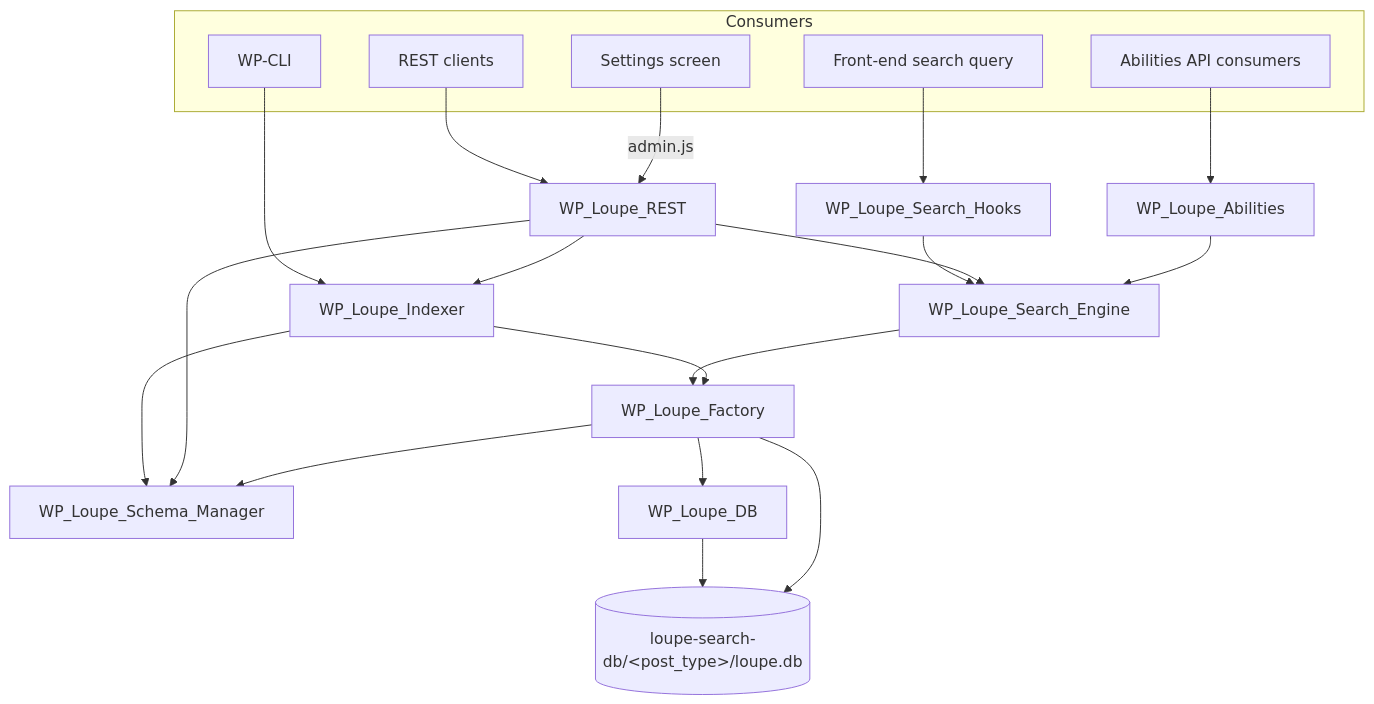
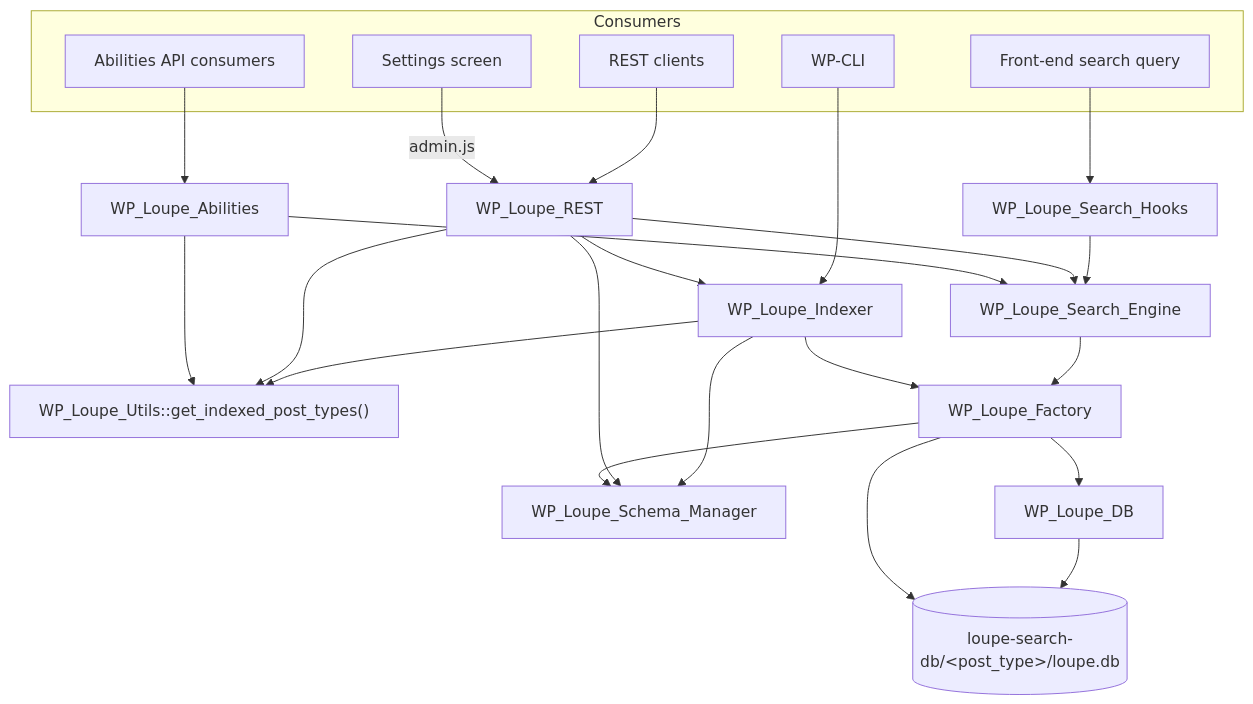
The diagram in docs/architecture.md (soderlind/loupe-search), drawn with Mermaid before and after one commit. The commit also changed other lines of this file and 6 other files, not shown here.

````diff
--- a/docs/architecture.md
+++ b/docs/architecture.md
@@ -76,30 +76,34 @@
 ```mermaid
 flowchart TD
     subgraph Consumers
         FE[Front-end search query]
         REST[REST clients]
         AB[Abilities API consumers]
         ADMIN[Settings screen]
         CLI[WP-CLI]
     end
 
     FE --> HOOKS[WP_Loupe_Search_Hooks]
     REST --> RESTC[WP_Loupe_REST]
     AB --> ABIL[WP_Loupe_Abilities]
     ADMIN -->|admin.js| RESTC
     CLI --> IDX[WP_Loupe_Indexer]
 
     HOOKS --> ENG[WP_Loupe_Search_Engine]
     RESTC --> ENG
     RESTC --> IDX
     ABIL --> ENG
 
+    IDX --> UTIL["WP_Loupe_Utils::get_indexed_post_types()"]
+    RESTC --> UTIL
+    ABIL --> UTIL
+
     ENG --> FACT[WP_Loupe_Factory]
     IDX --> FACT
     IDX --> SCHEMA[WP_Loupe_Schema_Manager]
     RESTC --> SCHEMA
     FACT --> SCHEMA
     FACT --> DB[WP_Loupe_DB]
     DB --> FS[(loupe-search-db/&lt;post_type&gt;/loupe.db)]
     FACT --> FS
 ```
````
